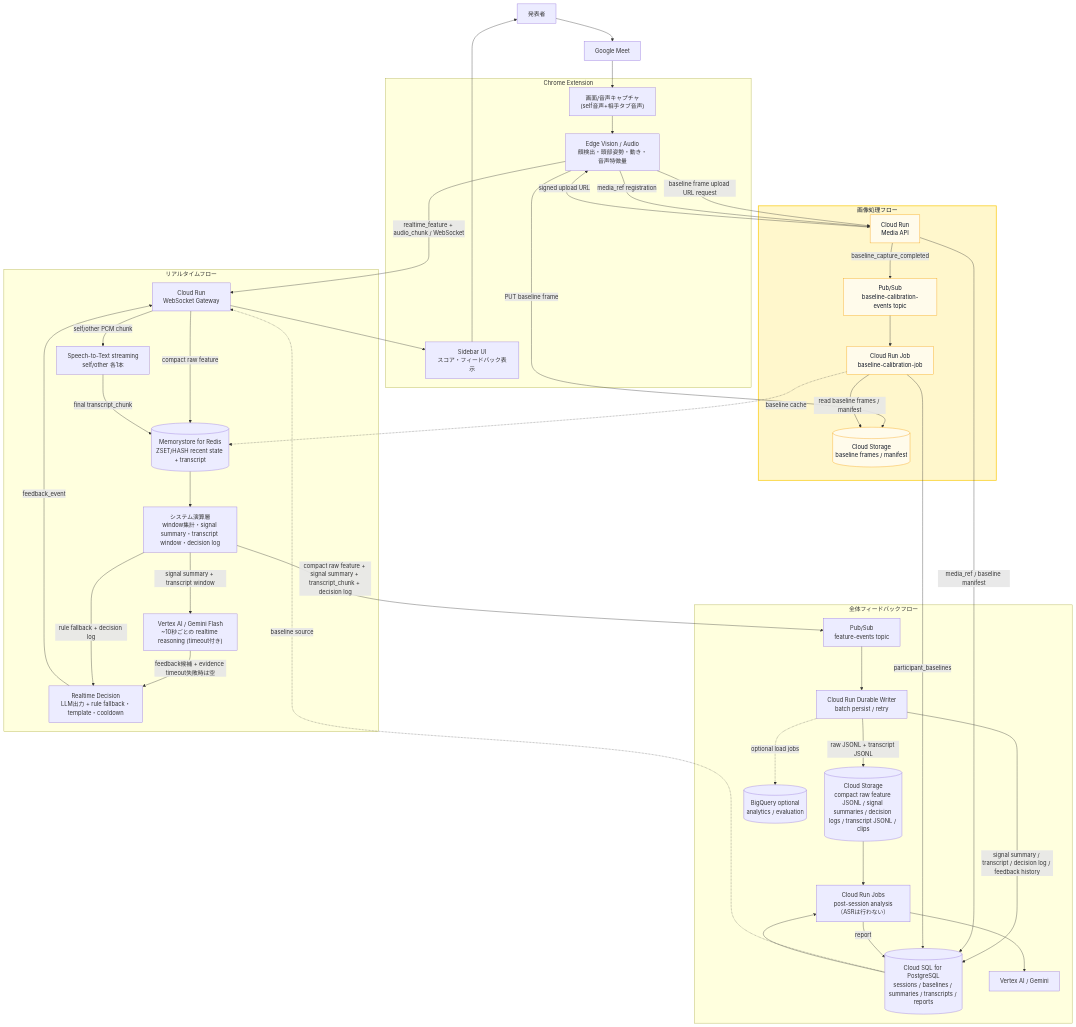
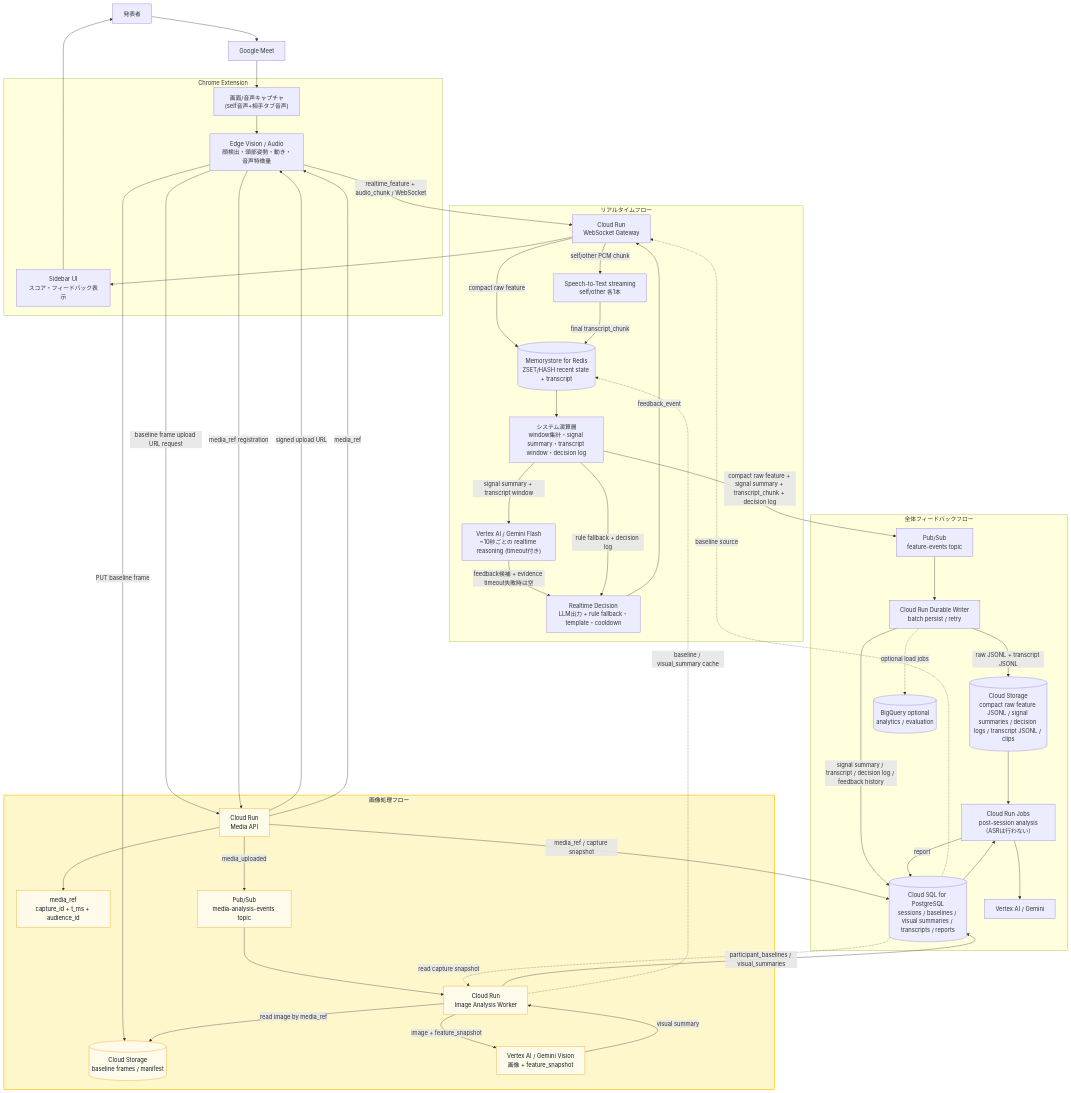
The first of 2 diagrams in architecture.md (k-kanke/reaction-engine), drawn with Mermaid before and after one commit. The commit also changed other lines of this file, not shown here.

````diff
--- a/architecture.md
+++ b/architecture.md
@@ -66,7 +68,7 @@
     pubsub["Pub/Sub<br/>feature-events topic"]
     writer["Cloud Run Durable Writer<br/>batch persist / retry"]
     storage[("Cloud Storage<br/>compact raw feature JSONL / signal summaries / decision logs / transcript JSONL / clips")]
-    cloudsql[("Cloud SQL for PostgreSQL<br/>sessions / baselines / summaries / transcripts / reports")]
+    cloudsql[("Cloud SQL for PostgreSQL<br/>sessions / baselines / visual summaries / transcripts / reports")]
     jobs["Cloud Run Jobs<br/>post-session analysis（ASRは行わない）"]
     vertex["Vertex AI / Gemini"]
     bq[("BigQuery optional<br/>analytics / evaluation")]
@@ -75,8 +77,10 @@
   subgraph baselineImage["画像処理フロー"]
     mediaApi["Cloud Run<br/>Media API"]
     baselineStorage[("Cloud Storage<br/>baseline frames / manifest")]
-    baselinePubsub["Pub/Sub<br/>baseline-calibration-events topic"]
-    baselineJob["Cloud Run Job<br/>baseline-calibration-job"]
+    mediaRef["media_ref<br/>capture_id + t_ms + audience_id"]
+    imagePubsub["Pub/Sub<br/>media-analysis-events topic"]
+    imageWorker["Cloud Run<br/>Image Analysis Worker"]
+    visionLlm["Vertex AI / Gemini Vision<br/>画像 + feature_snapshot"]
   end
 
   presenter --> meet
@@ -104,13 +108,18 @@
   edge -->|baseline frame upload URL request| mediaApi
   mediaApi -->|signed upload URL| edge
   edge -->|PUT baseline frame| baselineStorage
+  mediaApi -->|media_ref| edge
   edge -->|media_ref registration| mediaApi
-  mediaApi -->|media_ref / baseline manifest| cloudsql
-  mediaApi -->|baseline_capture_completed| baselinePubsub
-  baselinePubsub --> baselineJob
-  baselineJob -->|read baseline frames / manifest| baselineStorage
-  baselineJob -->|participant_baselines| cloudsql
-  baselineJob -.->|baseline cache| redis
+  mediaApi --> mediaRef
+  mediaApi -->|media_ref / capture snapshot| cloudsql
+  mediaApi -->|media_uploaded| imagePubsub
+  imagePubsub --> imageWorker
+  imageWorker -->|read image by media_ref| baselineStorage
+  cloudsql -.->|read capture snapshot| imageWorker
+  imageWorker -->|image + feature_snapshot| visionLlm
+  visionLlm -->|visual summary| imageWorker
+  imageWorker -->|participant_baselines / visual_summaries| cloudsql
+  imageWorker -.->|baseline / visual_summary cache| redis
   cloudsql -.->|baseline source| gateway
 
   storage --> jobs
@@ -120,5 +129,5 @@
 
   style baselineImage fill:#fff7cc,stroke:#facc15,stroke-width:2px,color:#111827
   classDef baselineNode fill:#fffbeb,stroke:#f59e0b,stroke-width:1px,color:#111827
-  class mediaApi,baselineStorage,baselinePubsub,baselineJob baselineNode
+  class mediaApi,baselineStorage,mediaRef,imagePubsub,imageWorker,visionLlm baselineNode
 ```
````
